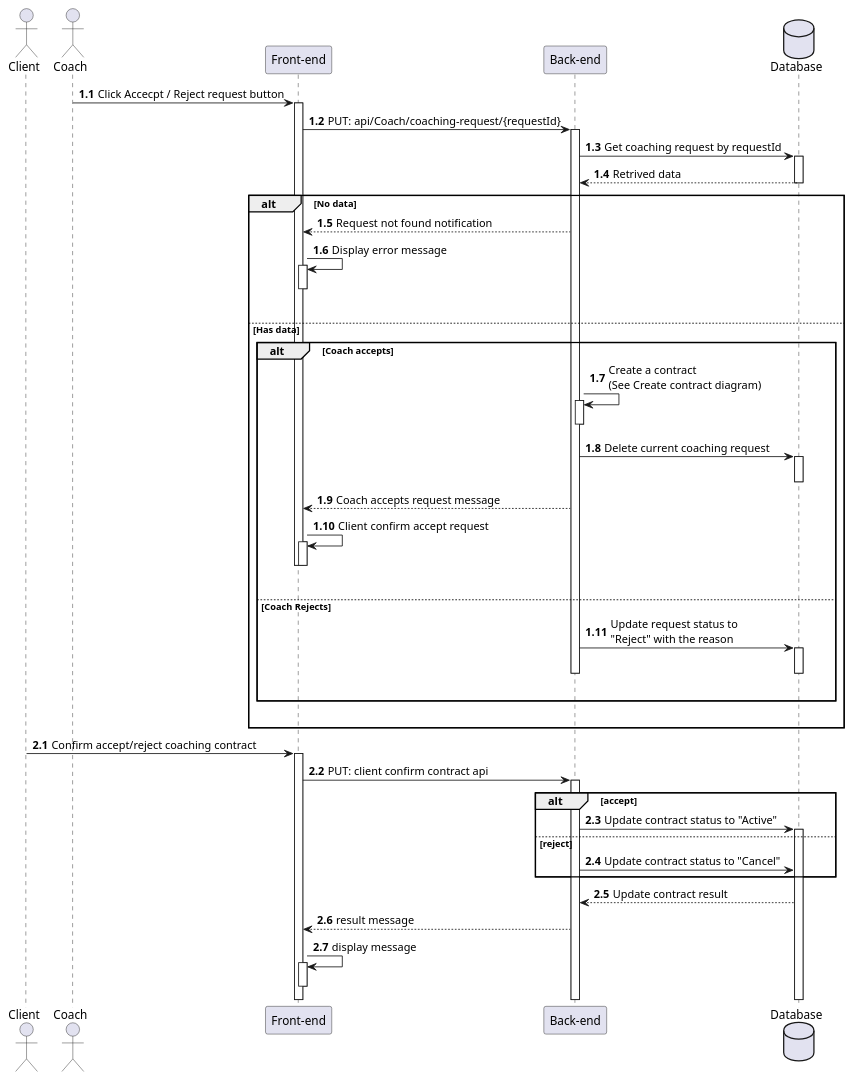
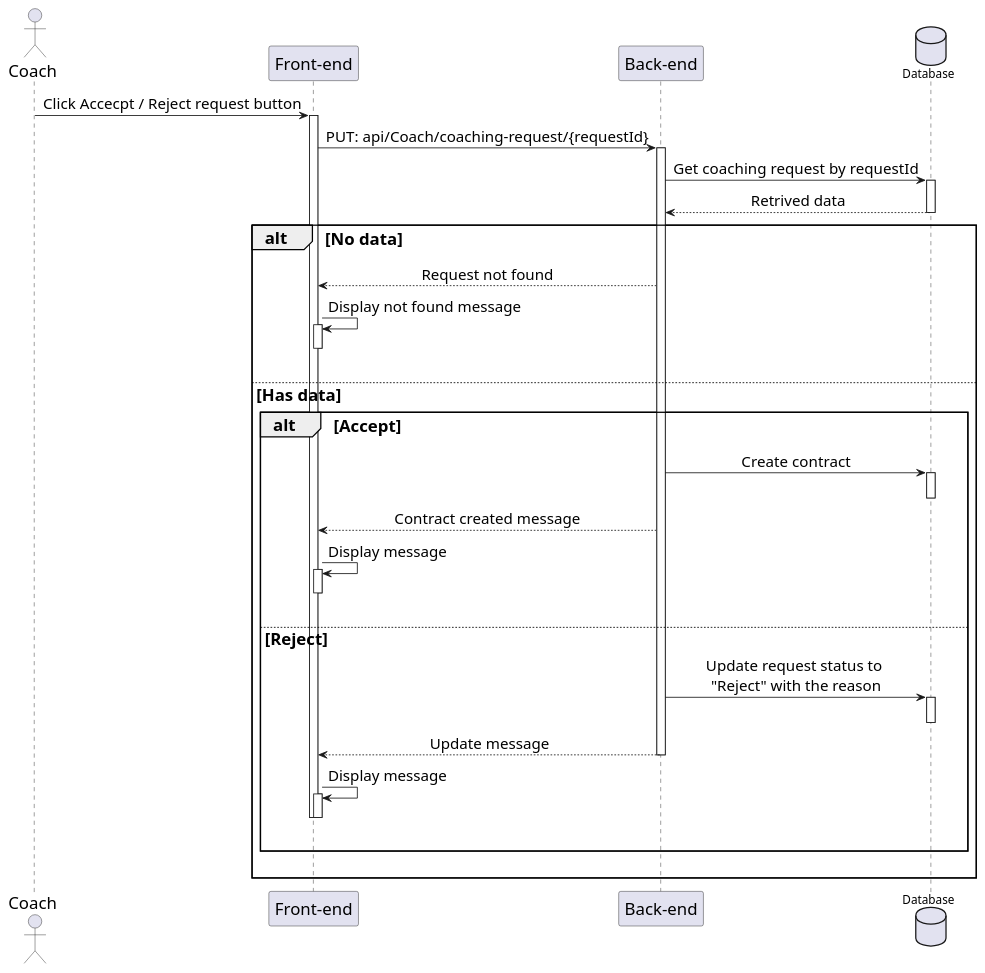
Before and after one commit to HTPhong-276/iCoaching-Diagrams: the diagram in Sequences_diagrams/AcceptRejectCoachingReq.pu, drawn with PlantUML. The commit also changed 75 other files, not shown here.

Commit message:
Update Sequences_diagrams

```diff
--- a/Sequences_diagrams/AcceptRejectCoachingReq.pu
+++ b/Sequences_diagrams/AcceptRejectCoachingReq.pu
@@ -1,54 +1,49 @@
 @startuml AcceptRejectCoachingRequest
-actor Client as user
+skinparam sequenceMessageAlign center
+skinparam sequenceGroupFontSize 20
+skinparam sequenceGroupHeaderFontSize 20
+skinparam sequence {
+    ParticipantFontSize 20
+    ActorFontSize 20
+    DatabaseFontSize 20
+    ArrowFontSize 18
+} 
 actor Coach as coach
 participant "Front-end" as client
 participant "Back-end" as server 
 database "Database" as db
-
-autonumber 1.1 "<b>0:"
 
 coach -> client++ : Click Accecpt / Reject request button
 
 client -> server++ : PUT: api/Coach/coaching-request/{requestId}
 server -> db++ : Get coaching request by requestId
 db --> server : Retrived data
 deactivate db
 
 alt No data
-    server --> client : Request not found notification
-    client -> client++ : Display error message
+    server --> client : Request not found
+    client -> client++ : Display not found message
     deactivate client
     |||
 else Has data
-    alt Coach accepts
-        server -> server++ : Create a contract\n(See Create contract diagram)
-        deactivate 
-        server -> db++ : Delete current coaching request 
+    alt Accept
+        server -> db++ : Create contract
         deactivate db
-        server --> client : Coach accepts request message
-        client -> client++ : Client confirm accept request
+        server --> client : Contract created message
+        client -> client++ : Display message
         deactivate
-        deactivate client
         |||
-    else Coach Rejects
+    else Reject
         server -> db++ : Update request status to \n"Reject" with the reason
-        deactivate server
-        deactivate db
+        deactivate
+        server --> client: Update message
+        deactivate
+        client -> client++: Display message
+        deactivate
+        deactivate
         |||
     end
     |||
 end 
 
-autonumber inc A
-user -> client++ : Confirm accept/reject coaching contract
-client -> server++ : PUT: client confirm contract api
-alt accept
-    server -> db++ : Update contract status to "Active"
-else reject
-    server -> db : Update contract status to "Cancel"
-end
-db --> server : Update contract result
-server --> client : result message
-client -> client++ : display message
-deactivate  
 @enduml
```
